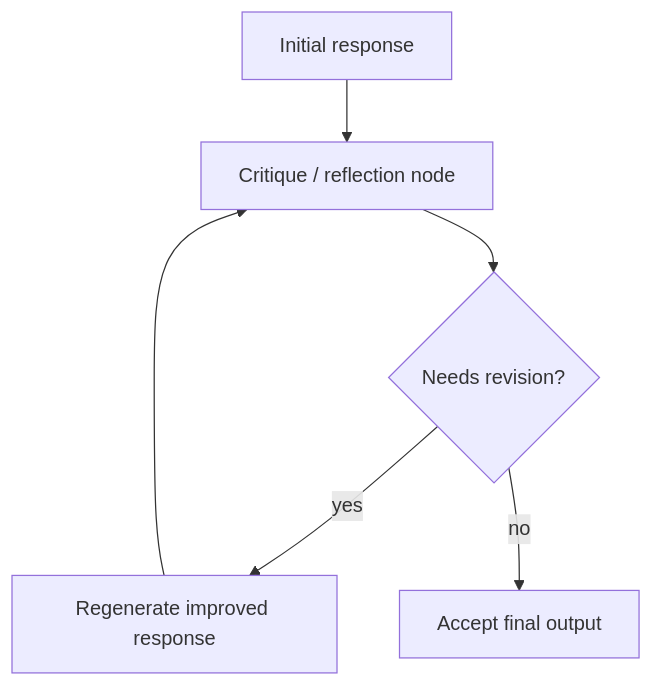
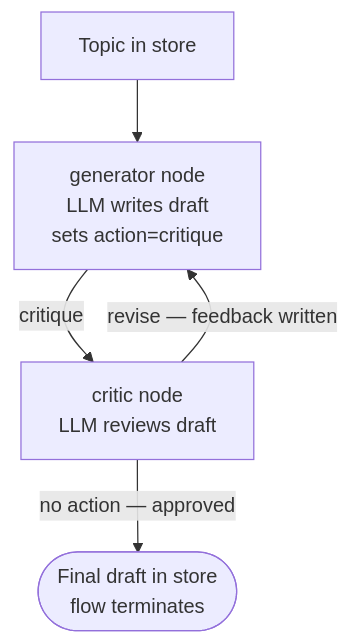
Before and after one commit to EzekTec-Inc/AgentFlow: the diagram in examples/REFLECTION.md, drawn with Mermaid. The commit also changed other lines of this file and 14 other files, not shown here.

````diff
--- a/examples/REFLECTION.md
+++ b/examples/REFLECTION.md
@@ -21,8 +18,7 @@
 ```mermaid
 flowchart TD
-    A[Initial response] --> B[Critique / reflection node]
-    B --> C{Needs revision?}
-    C -->|yes| D[Regenerate improved response]
-    D --> B
-    C -->|no| E[Accept final output]
+    A[Topic in store] --> B[generator node\nLLM writes draft\nsets action=critique]
+    B -->|critique| C[critic node\nLLM reviews draft]
+    C -->|revise — feedback written| B
+    C -->|no action — approved| D([Final draft in store\nflow terminates])
 ```
````
